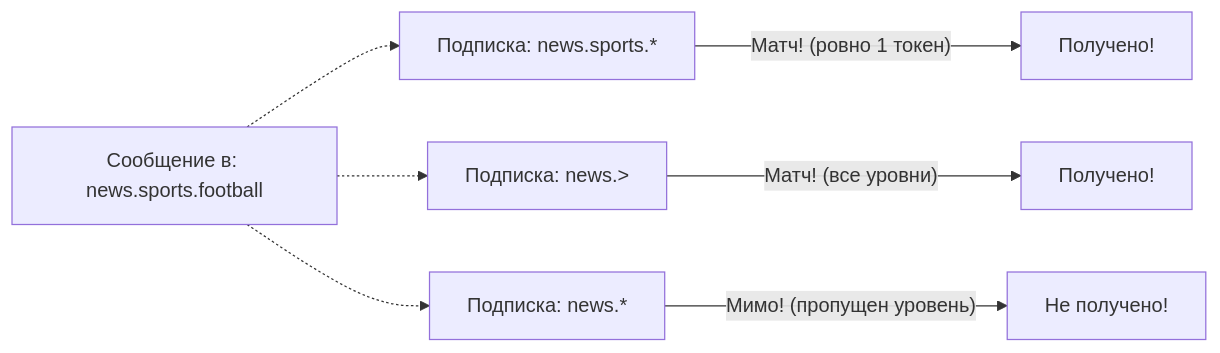
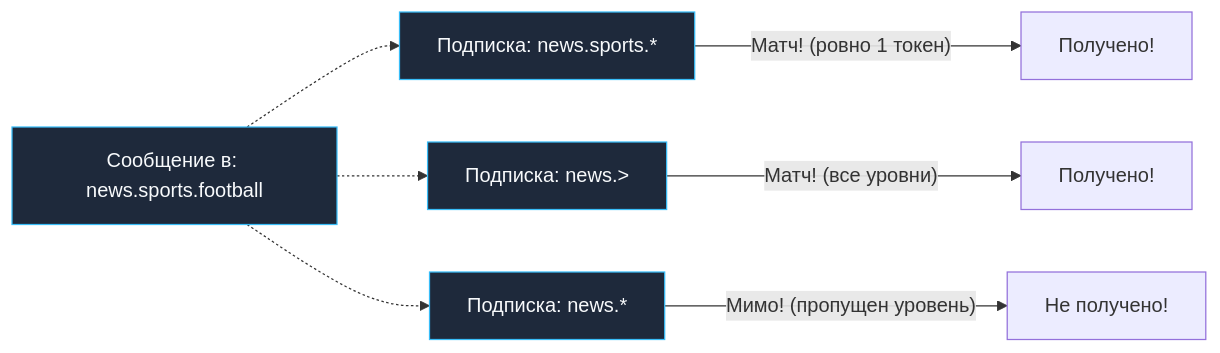
One commit to UnrealTemplier/go-textbook changed the second of 3 diagrams in sources/13. Очереди, брокеры сообщений и оркестраторы/04. NATS/1. NATS. Легковесный брокер.md. Above: the diagram before and after it, drawn with Mermaid. The commit also changed other lines of this file and 1666 other files, not shown here.

First line of the commit message:
feat(mermaid): add semantic color classDef to 1369 colorless flowchart/graph diagrams

````diff
--- a/sources/13. Очереди, брокеры сообщений и оркестраторы/04. NATS/1. NATS. Легковесный брокер.md
+++ b/sources/13. Очереди, брокеры сообщений и оркестраторы/04. NATS/1. NATS. Легковесный брокер.md
@@ -89,12 +99,22 @@
 ```mermaid
 flowchart LR
-    Msg["Сообщение в: news.sports.football"]
+    classDef process  fill:#1e293b,stroke:#38bdf8,stroke-width:1px,color:#f8fafc
+    classDef success  fill:#064e3b,stroke:#34d399,stroke-width:1px,color:#f8fafc
+    classDef error    fill:#7f1d1d,stroke:#f87171,stroke-width:1px,color:#f8fafc
+    classDef warning  fill:#78350f,stroke:#fbbf24,stroke-width:1px,color:#f8fafc
+    classDef entry    fill:#1e3a5f,stroke:#38bdf8,stroke-width:2px,color:#f8fafc
+    classDef aux      fill:#334155,stroke:#64748b,stroke-width:1px,color:#f8fafc
+    classDef system   fill:#312e81,stroke:#a78bfa,stroke-width:1px,color:#f8fafc
+    classDef data     fill:#132d29,stroke:#2dd4bf,stroke-width:1px,color:#f8fafc
+    classDef network  fill:#881337,stroke:#fb7185,stroke-width:1px,color:#f8fafc
+    classDef accent   fill:#1e1b4b,stroke:#818cf8,stroke-width:1px,color:#f8fafc
+    Msg["Сообщение в: news.sports.football"]:::process
     
-    W1["Подписка: news.sports.*"] -->|"Матч! (ровно 1 токен)"| R1["Получено!"]
-    W2["Подписка: news.>"] -->|"Матч! (все уровни)"| R2["Получено!"]
-    W3["Подписка: news.*"] -->|"Мимо! (пропущен уровень)"| R3["Не получено!"]
+    W1["Подписка: news.sports.*"]:::process -->|"Матч! (ровно 1 токен)"| R1["Получено!"]
+    W2["Подписка: news.>"]:::process -->|"Матч! (все уровни)"| R2["Получено!"]
+    W3["Подписка: news.*"]:::process -->|"Мимо! (пропущен уровень)"| R3["Не получено!"]
 
     Msg -.-> W1
     Msg -.-> W2
     Msg -.-> W3
 ```
````
